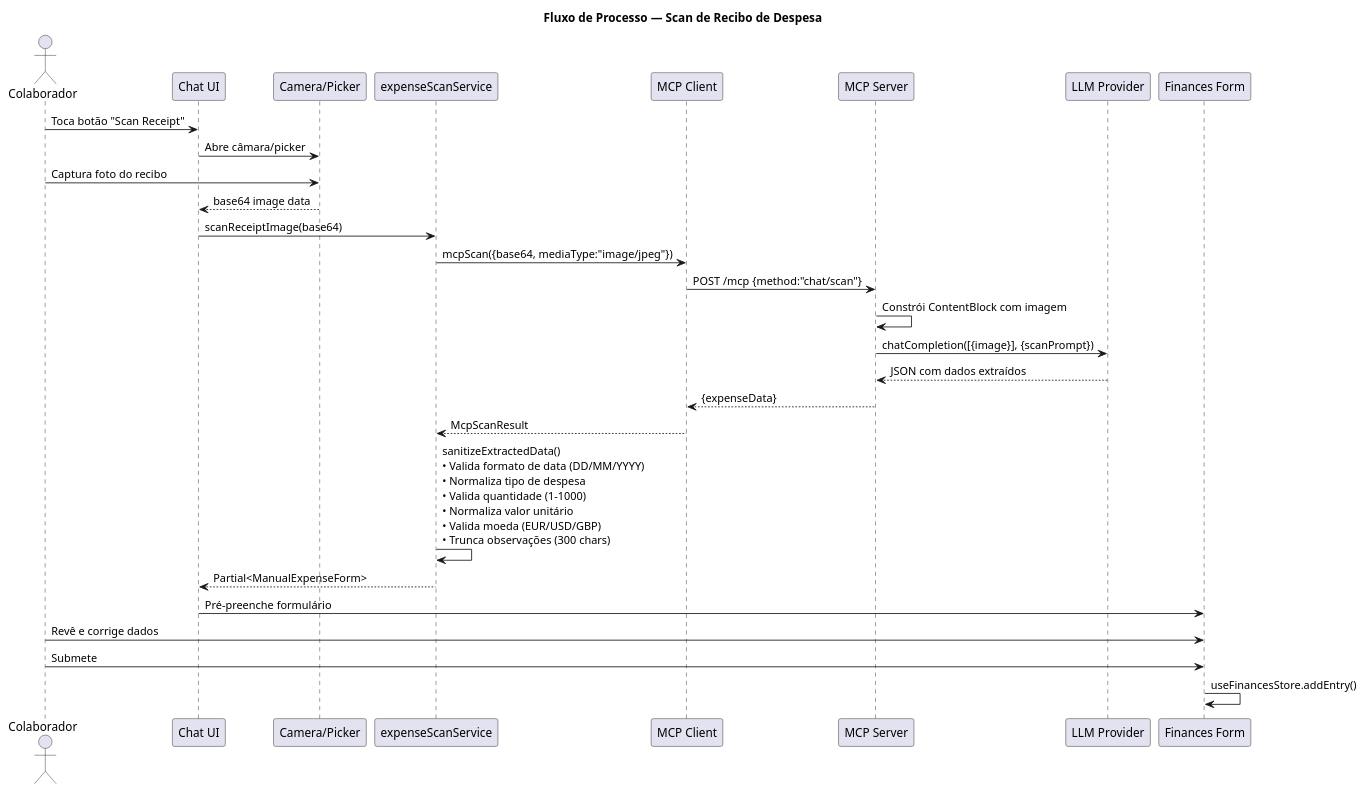
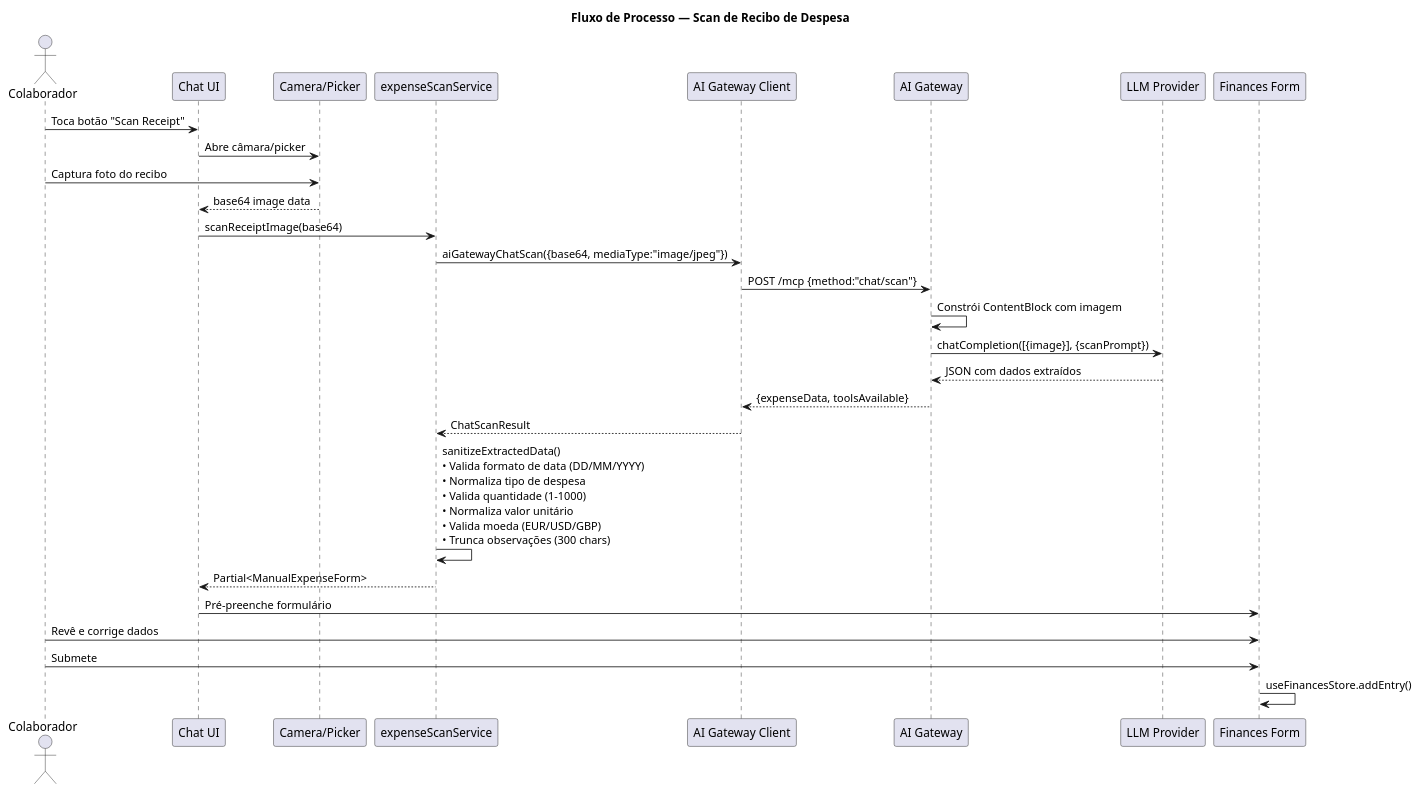
One commit to gabsilva17/projeto-armis changed the eighth of 14 diagrams in armini/docs/architecture.md. Above: the diagram before and after it, drawn with PlantUML. The commit also changed other lines of this file and 5 other files, not shown here.

````diff
--- a/armini/docs/architecture.md
+++ b/armini/docs/architecture.md
@@ -424,39 +506,39 @@
 ```plantuml
 @startuml Processo_Scan
 title Fluxo de Processo — Scan de Recibo de Despesa
 
 actor Colaborador as user
 participant "Chat UI" as chatUI
 participant "Camera/Picker" as camera
 participant "expenseScanService" as scanSvc
-participant "MCP Client" as mcpClient
-participant "MCP Server" as mcpServer
+participant "AI Gateway Client" as gwClient
+participant "AI Gateway" as gw
 participant "LLM Provider" as llm
 participant "Finances Form" as form
 
 user -> chatUI : Toca botão "Scan Receipt"
 chatUI -> camera : Abre câmara/picker
 user -> camera : Captura foto do recibo
 camera --> chatUI : base64 image data
 
 chatUI -> scanSvc : scanReceiptImage(base64)
-scanSvc -> mcpClient : mcpScan({base64, mediaType:"image/jpeg"})
-mcpClient -> mcpServer : POST /mcp {method:"chat/scan"}
+scanSvc -> gwClient : aiGatewayChatScan({base64, mediaType:"image/jpeg"})
+gwClient -> gw : POST /mcp {method:"chat/scan"}
 
-mcpServer -> mcpServer : Constrói ContentBlock com imagem
-mcpServer -> llm : chatCompletion([{image}], {scanPrompt})
-llm --> mcpServer : JSON com dados extraídos
+gw -> gw : Constrói ContentBlock com imagem
+gw -> llm : chatCompletion([{image}], {scanPrompt})
+llm --> gw : JSON com dados extraídos
 
-mcpServer --> mcpClient : {expenseData}
-mcpClient --> scanSvc : McpScanResult
+gw --> gwClient : {expenseData, toolsAvailable}
+gwClient --> scanSvc : ChatScanResult
 
 scanSvc -> scanSvc : sanitizeExtractedData()\n• Valida formato de data (DD/MM/YYYY)\n• Normaliza tipo de despesa\n• Valida quantidade (1-1000)\n• Normaliza valor unitário\n• Valida moeda (EUR/USD/GBP)\n• Trunca observações (300 chars)
 
 scanSvc --> chatUI : Partial<ManualExpenseForm>
 chatUI -> form : Pré-preenche formulário
 user -> form : Revê e corrige dados
 user -> form : Submete
 form -> form : useFinancesStore.addEntry()
 
 @enduml
 ```
````
